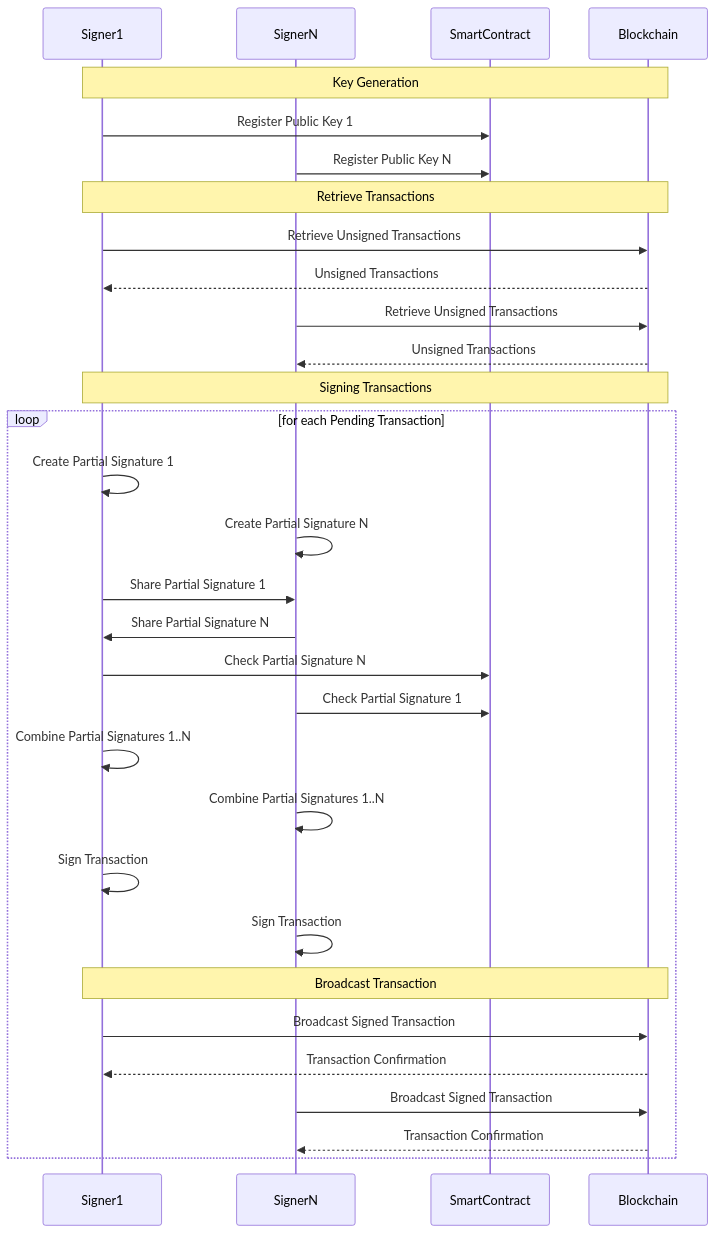
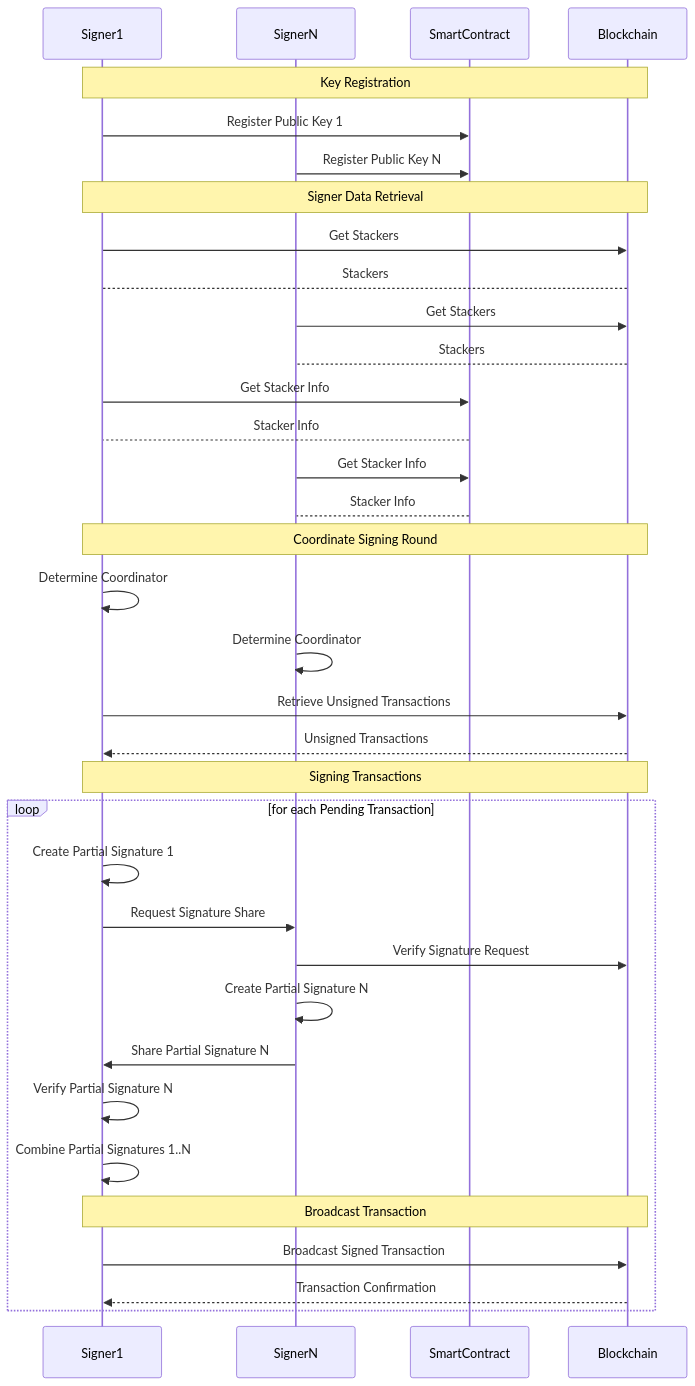
Before and after one commit to papaya-dao/stacks-sbtc: the first of 3 diagrams in stacks-coordinator-mini/README.md, drawn with Mermaid. The commit also changed other lines of this file, not shown here.

Commit message:
Fix mermaid diagrams to be more up to date

````diff
--- a/stacks-coordinator-mini/README.md
+++ b/stacks-coordinator-mini/README.md
@@ -3,37 +3,41 @@
 ```mermaid
 sequenceDiagram
 participant Signer1
 participant SignerN
 participant SmartContract
 participant Blockchain
 
-Note over Signer1, Blockchain: Key Generation
+Note over Signer1, Blockchain: Key Registration
 Signer1->>SmartContract: Register Public Key 1
 SignerN->>SmartContract: Register Public Key N
 
-Note over Signer1, Blockchain: Retrieve Transactions
+Note over Signer1, Blockchain: Signer Data Retrieval
+Signer1->>Blockchain: Get Stackers
+Blockchain-->Signer1: Stackers
+SignerN->>Blockchain: Get Stackers
+Blockchain-->SignerN: Stackers
+Signer1->>SmartContract: Get Stacker Info
+SmartContract-->Signer1: Stacker Info
+SignerN->>SmartContract: Get Stacker Info
+SmartContract-->SignerN: Stacker Info
+Note over Signer1, Blockchain: Coordinate Signing Round
+Signer1->>Signer1: Determine Coordinator
+SignerN->>SignerN: Determine Coordinator
 Signer1->>Blockchain: Retrieve Unsigned Transactions
 Blockchain-->>Signer1: Unsigned Transactions
-SignerN->>Blockchain: Retrieve Unsigned Transactions
-Blockchain-->>SignerN: Unsigned Transactions
 
 Note over Signer1, Blockchain: Signing Transactions
 loop for each Pending Transaction
     Signer1->>Signer1: Create Partial Signature 1
+    Signer1->>SignerN: Request Signature Share
+    SignerN->>Blockchain: Verify Signature Request
     SignerN->>SignerN: Create Partial Signature N
-    Signer1->>SignerN: Share Partial Signature 1
     SignerN->>Signer1: Share Partial Signature N
-    Signer1->>SmartContract: Check Partial Signature N
-    SignerN->>SmartContract: Check Partial Signature 1
+    Signer1->>Signer1: Verify Partial Signature N
     Signer1->>Signer1: Combine Partial Signatures 1..N
-    SignerN->>SignerN: Combine Partial Signatures 1..N
-    Signer1->>Signer1: Sign Transaction
-    SignerN->>SignerN: Sign Transaction
 
     Note over Signer1, Blockchain: Broadcast Transaction
     Signer1->>Blockchain: Broadcast Signed Transaction
     Blockchain-->>Signer1: Transaction Confirmation
-    SignerN->>Blockchain: Broadcast Signed Transaction
-    Blockchain-->>SignerN: Transaction Confirmation
 end
 ```
````
